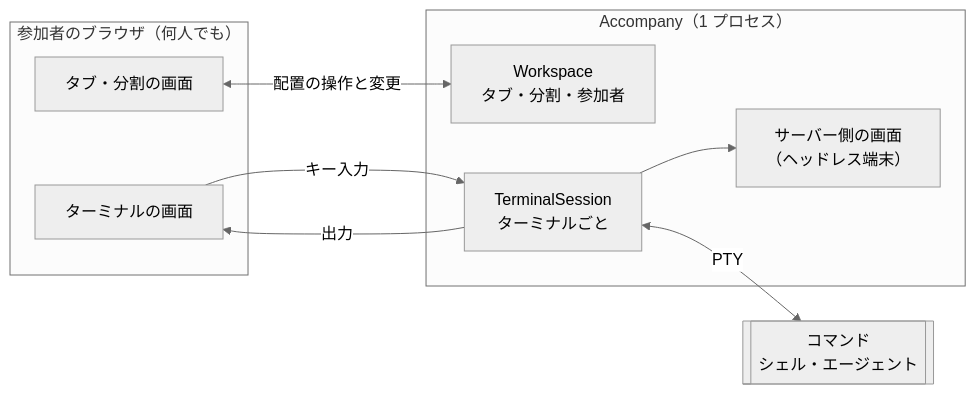
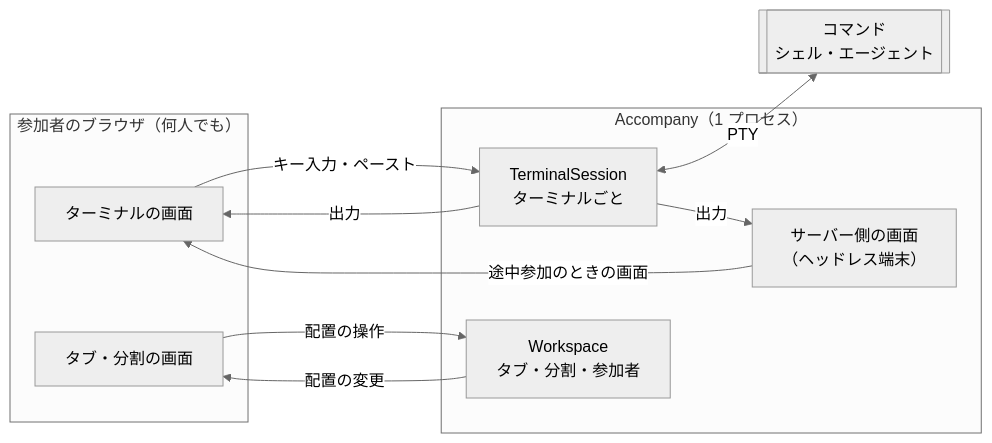
The diagram in README.md (itsuki-yamada/accompany), drawn with Mermaid (neutral theme) before and after one commit. The commit also changed other lines of this file, not shown here.

````diff
--- a/README.md
+++ b/README.md
@@ -28,18 +28,20 @@
 ```mermaid
 flowchart LR
   subgraph Browser["参加者のブラウザ（何人でも）"]
     A[ターミナルの画面]
     W[タブ・分割の画面]
   end
   subgraph Server["Accompany（1 プロセス）"]
     WS[Workspace<br/>タブ・分割・参加者]
     T[TerminalSession<br/>ターミナルごと]
     S[サーバー側の画面<br/>（ヘッドレス端末）]
   end
   P[[コマンド<br/>シェル・エージェント]]
-  A -- キー入力 --> T
-  T -- 出力 --> A
-  W <-- 配置の操作と変更 --> WS
-  T <-- PTY --> P
-  T --> S
+  A -->|キー入力・ペースト| T
+  T -->|出力| A
+  S -->|途中参加のときの画面| A
+  W -->|配置の操作| WS
+  WS -->|配置の変更| W
+  T <-->|PTY| P
+  T -->|出力| S
 ```
````
